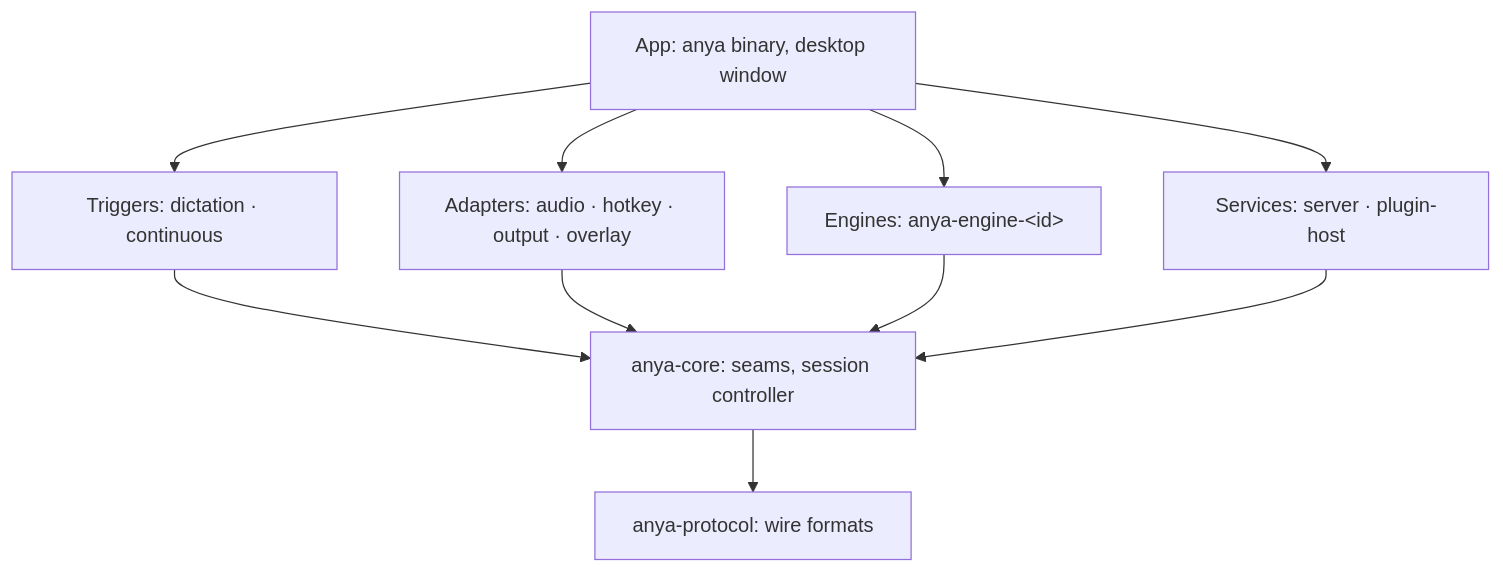
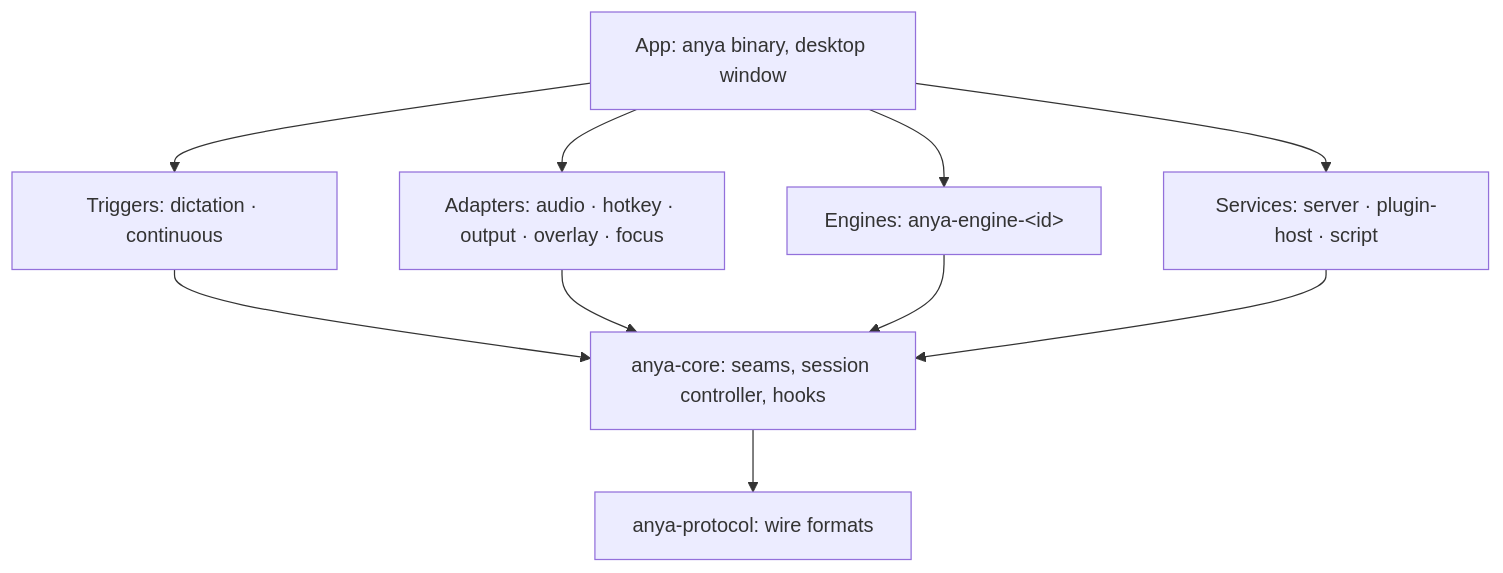
Before and after one commit to wakaka6/anya: the diagram in README.en.md, drawn with Mermaid. The commit also changed other lines of this file and 94 other files, not shown here.

````diff
--- a/README.en.md
+++ b/README.en.md
@@ -116,12 +126,12 @@
 ```mermaid
 flowchart TB
   App["App: anya binary, desktop window"]
   Trigger["Triggers: dictation · continuous"]
-  Adapter["Adapters: audio · hotkey · output · overlay"]
+  Adapter["Adapters: audio · hotkey · output · overlay · focus"]
   Engine["Engines: anya-engine-&lt;id&gt;"]
-  Service["Services: server · plugin-host"]
-  Core["anya-core: seams, session controller"]
+  Service["Services: server · plugin-host · script"]
+  Core["anya-core: seams, session controller, hooks"]
   Protocol["anya-protocol: wire formats"]
   App --> Trigger & Adapter & Engine & Service
   Trigger & Adapter & Engine & Service --> Core --> Protocol
 ```
````
